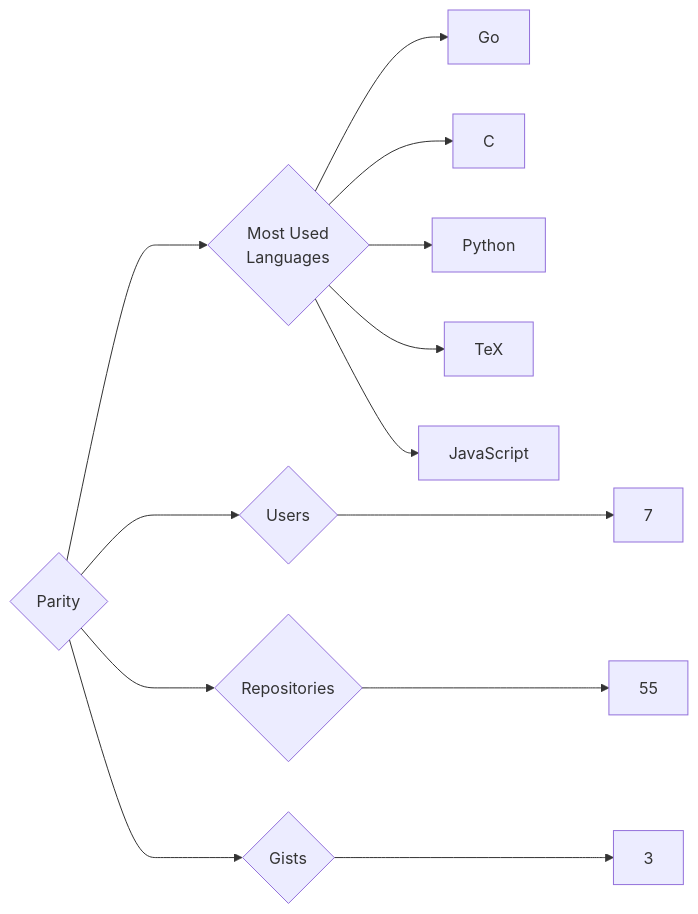
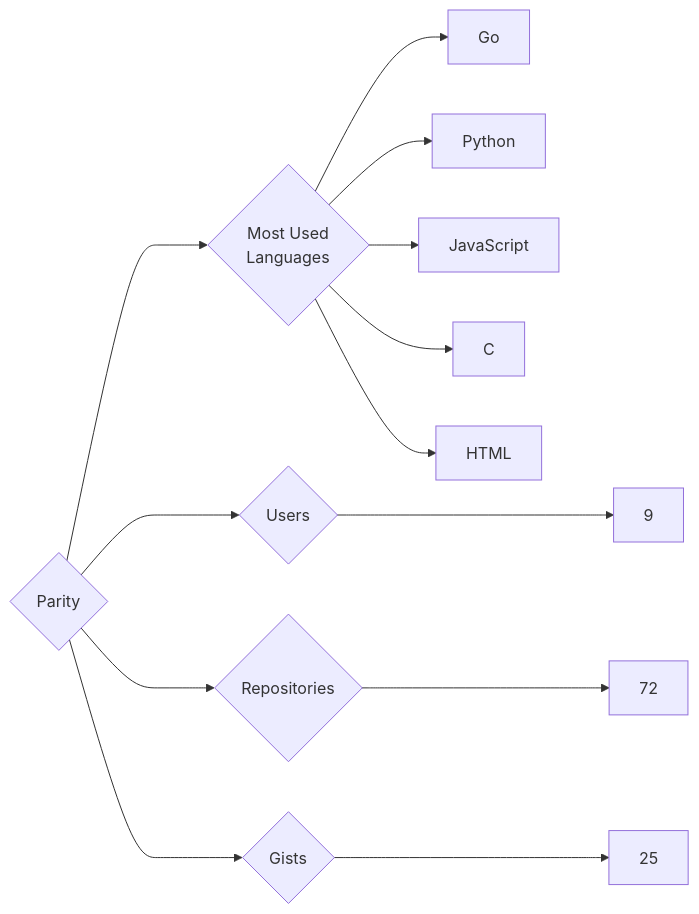
The diagram in targets/Parity/README.md (trickest/insiders), drawn with Mermaid before and after one commit. The commit also changed 1484 other files, not shown here.

````diff
--- a/targets/Parity/README.md
+++ b/targets/Parity/README.md
@@ -3,13 +3,13 @@
 ```mermaid
 graph LR
 COMPANY_NAME{Parity}
-COMPANY_NAME ---> U{Users} ---> UN[7]
-COMPANY_NAME ---> R{Repositories} ---> RN[55]
-COMPANY_NAME ---> G{Gists} ---> GN[3]
+COMPANY_NAME ---> U{Users} ---> UN[9]
+COMPANY_NAME ---> R{Repositories} ---> RN[72]
+COMPANY_NAME ---> G{Gists} ---> GN[25]
 COMPANY_NAME ---> ML{Most Used<br>Languages}
 ML --> Go[Go]
+ML --> Python[Python]
+ML --> JavaScript[JavaScript]
 ML --> C[C]
-ML --> Python[Python]
-ML --> TeX[TeX]
-ML --> JavaScript[JavaScript]
+ML --> HTML[HTML]
 ```
````
